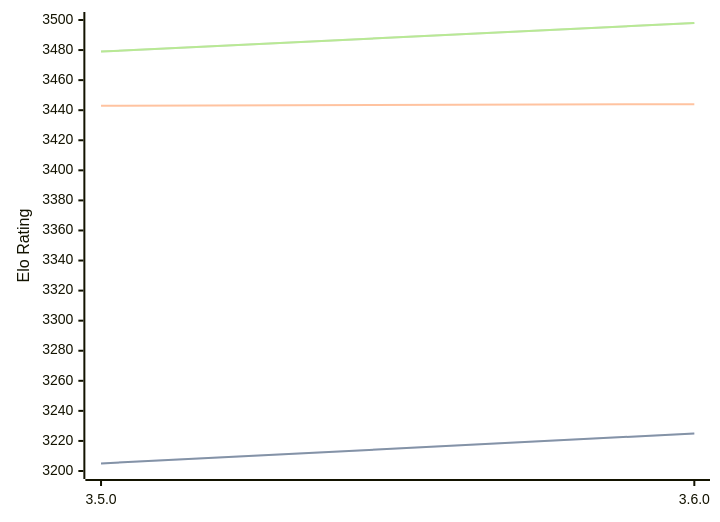
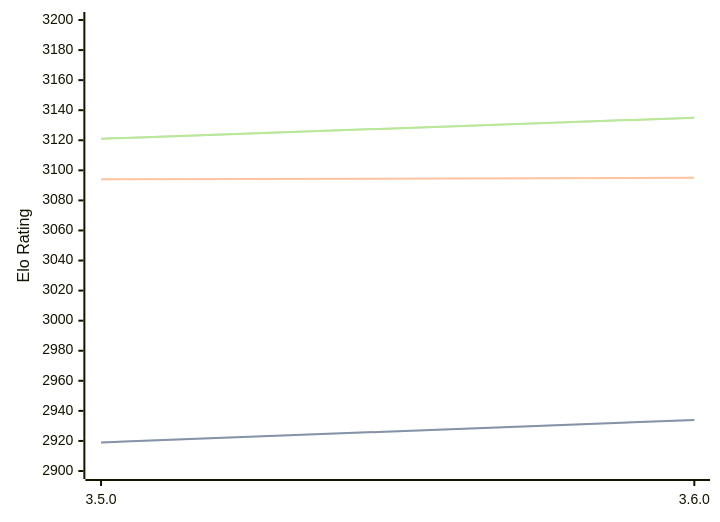
Before and after one commit to computer-chess-index/cci: the diagram in engines/Igel.md, drawn with Mermaid. The commit also changed other lines of this file, not shown here.

Commit message:
Update CCI Ratings (ELO VLTC) - 2026-02-23

````diff
--- a/engines/Igel.md
+++ b/engines/Igel.md
@@ -65,11 +65,11 @@
 ```mermaid
 %%{init: {"theme":"base","themeVariables":{"seriesColors:['#a3a3a3','#222221','#faa371']}}}%%
 xychart-beta
   x-axis ["3.5.0", "3.6.0"]
-  y-axis "Elo Rating" 3200 --> 3500
-  line "STC (8.0+0.08s)" [3205, 3225]
-  line "STC (8.0+0.08s)" [3205, 3225]
-  line "LTC (60.0+0.60s)" [3443, 3444]
-  line "VLTC (2m24s+1.12s)" [3479, 3498]
-  line "VLTC (2m24s+1.12s)" [3479, 3498]
+  y-axis "Elo Rating" 2900 --> 3200
+  line "STC (8.0+0.08s)" [2919, 2934]
+  line "STC (8.0+0.08s)" [2919, 2934]
+  line "LTC (60.0+0.60s)" [3094, 3095]
+  line "VLTC (2m24s+1.12s)" [3121, 3135]
+  line "VLTC (2m24s+1.12s)" [3121, 3135]
 ```
````
